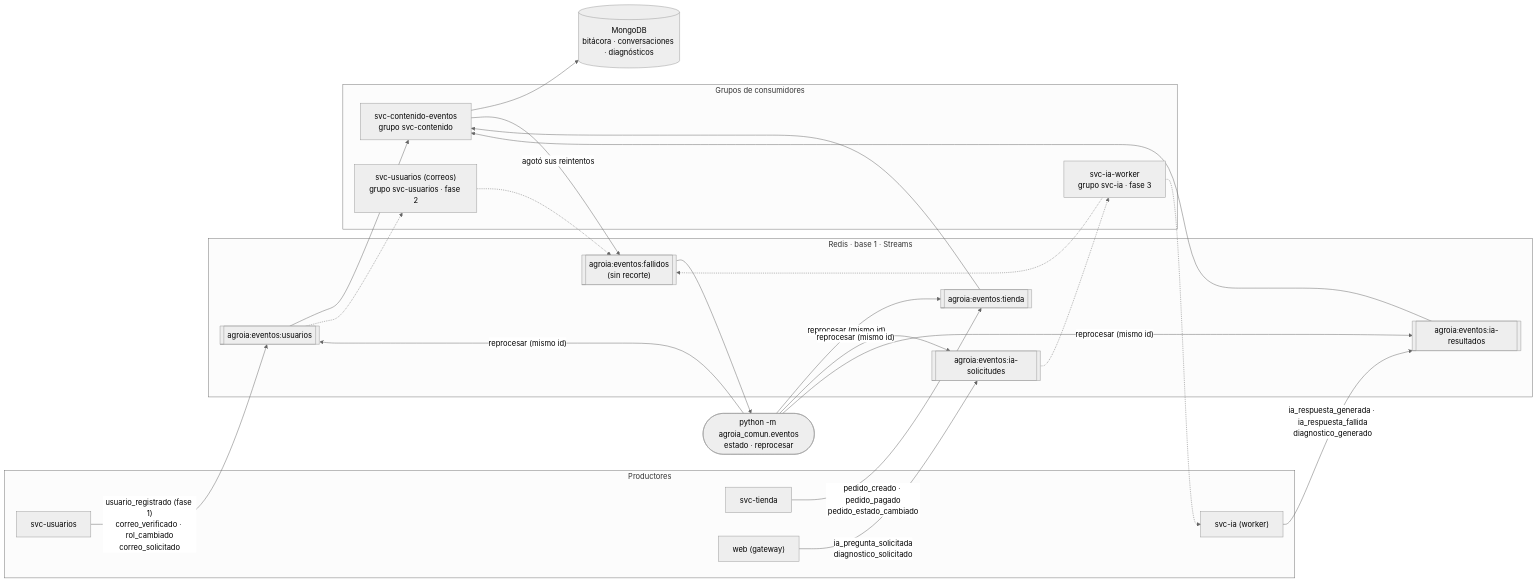
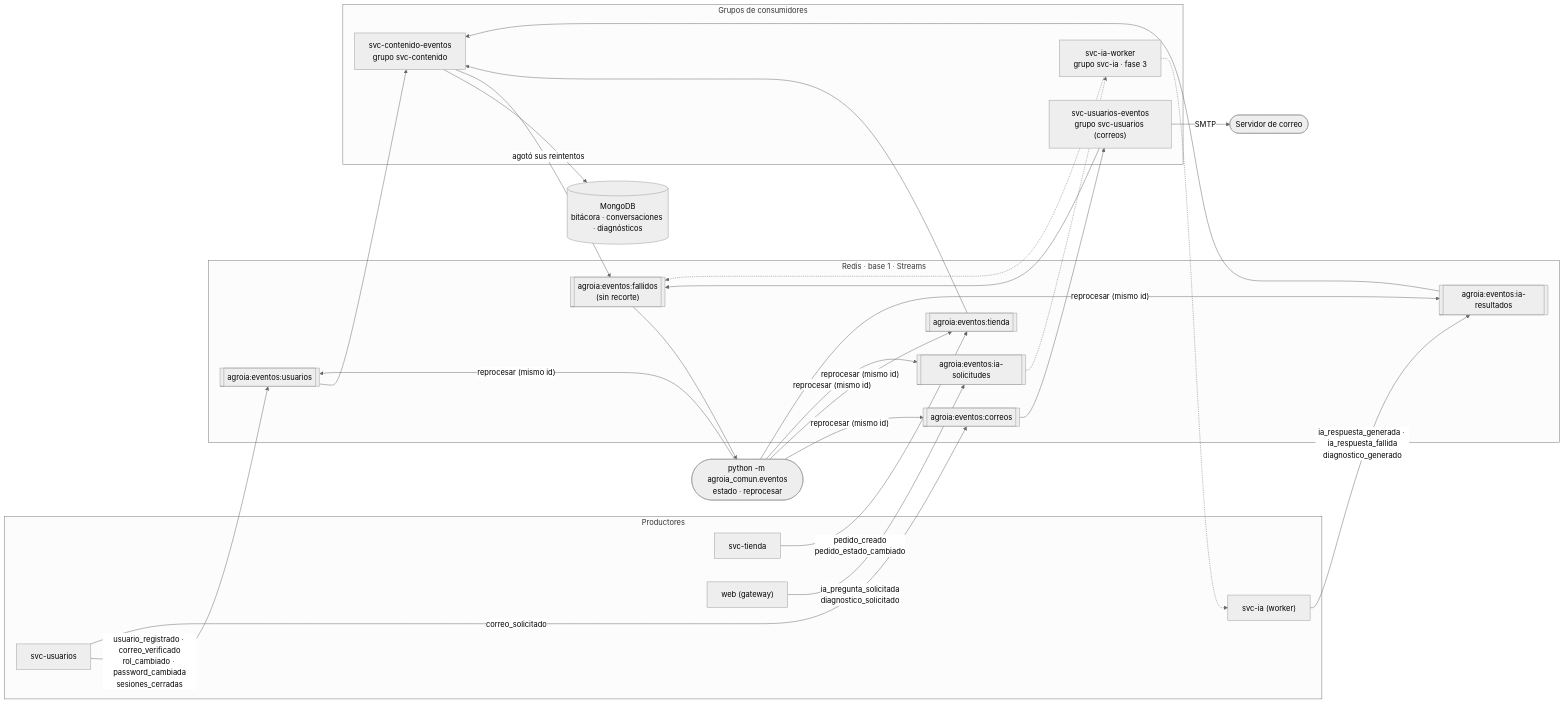
Before and after one commit to BryanGEP/AgroIA-Web: the diagram in docs/eventos.md, drawn with Mermaid (neutral theme). The commit also changed other lines of this file and 8 other files, not shown here.

Commit message:
docs: eventos de negocio, cierre de B5 y avance de la fase 2

````diff
--- a/docs/eventos.md
+++ b/docs/eventos.md
@@ -107,45 +153,48 @@
 ```mermaid
 flowchart LR
     subgraph productores["Productores"]
         usu["svc-usuarios"]
         tie["svc-tienda"]
         web["web (gateway)"]
         iaP["svc-ia (worker)"]
     end
 
     subgraph redis["Redis · base 1 · Streams"]
         sU[["agroia:eventos:usuarios"]]
+        sC[["agroia:eventos:correos"]]
         sT[["agroia:eventos:tienda"]]
         sS[["agroia:eventos:ia-solicitudes"]]
         sR[["agroia:eventos:ia-resultados"]]
         sF[["agroia:eventos:fallidos<br/>(sin recorte)"]]
     end
 
     subgraph consumidores["Grupos de consumidores"]
         cC["svc-contenido-eventos<br/>grupo svc-contenido"]
-        cU["svc-usuarios (correos)<br/>grupo svc-usuarios · fase 2"]
+        cU["svc-usuarios-eventos<br/>grupo svc-usuarios (correos)"]
         cI["svc-ia-worker<br/>grupo svc-ia · fase 3"]
     end
 
     mongo[("MongoDB<br/>bitácora · conversaciones · diagnósticos")]
     op(["python -m agroia_comun.eventos<br/>estado · reprocesar"])
 
-    usu -- "usuario_registrado (fase 1)<br/>correo_verificado · rol_cambiado<br/>correo_solicitado" --> sU
-    tie -- "pedido_creado · pedido_pagado<br/>pedido_estado_cambiado" --> sT
+    usu -- "usuario_registrado · correo_verificado<br/>rol_cambiado · password_cambiada<br/>sesiones_cerradas" --> sU
+    usu -- "correo_solicitado" --> sC
+    tie -- "pedido_creado<br/>pedido_estado_cambiado" --> sT
     web -- "ia_pregunta_solicitada<br/>diagnostico_solicitado" --> sS
     iaP -- "ia_respuesta_generada · ia_respuesta_fallida<br/>diagnostico_generado" --> sR
 
     sU --> cC
-    sU -.-> cU
+    sC --> cU
+    cU -- "SMTP" --> smtp([Servidor de correo])
     sT --> cC
     sS -.-> cI
     sR --> cC
     cI -.-> iaP
     cC --> mongo
 
     cC -- "agotó sus reintentos" --> sF
-    cU -.-> sF
+    cU --> sF
     cI -.-> sF
     sF --> op
-    op -- "reprocesar (mismo id)" --> sU & sT & sS & sR
+    op -- "reprocesar (mismo id)" --> sU & sC & sT & sS & sR
 ```
````
